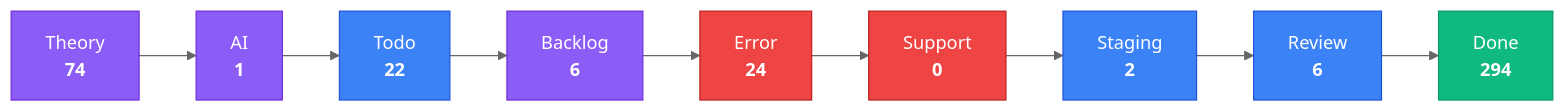
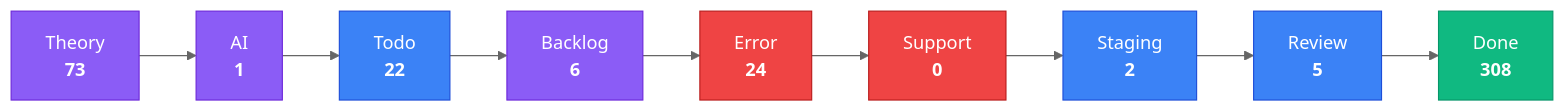
Before and after one commit to KBVE/kbve: the third of 4 diagrams in apps/kbve/astro-kbve/src/content/docs/dashboard/kanban-data.mdx, drawn with Mermaid (neutral theme). The commit also changed other lines of this file and 8 other files, not shown here.

````diff
--- a/apps/kbve/astro-kbve/src/content/docs/dashboard/kanban-data.mdx
+++ b/apps/kbve/astro-kbve/src/content/docs/dashboard/kanban-data.mdx
@@ -80,28 +80,28 @@
 ```mermaid
 flowchart LR
     classDef planning fill:#8b5cf6,stroke:#6d28d9,color:#fff
     classDef active fill:#3b82f6,stroke:#1d4ed8,color:#fff
     classDef blocked fill:#ef4444,stroke:#b91c1c,color:#fff
     classDef done fill:#10b981,stroke:#059669,color:#fff
-    Theory["Theory<br/><strong>74</strong>"]
+    Theory["Theory<br/><strong>73</strong>"]
     Theory --> AI
     AI["AI<br/><strong>1</strong>"]
     AI --> Todo
     Todo["Todo<br/><strong>22</strong>"]
     Todo --> Backlog
     Backlog["Backlog<br/><strong>6</strong>"]
     Backlog --> Error
     Error["Error<br/><strong>24</strong>"]
     Error --> Support
     Support["Support<br/><strong>0</strong>"]
     Support --> Staging
     Staging["Staging<br/><strong>2</strong>"]
     Staging --> Review
-    Review["Review<br/><strong>6</strong>"]
+    Review["Review<br/><strong>5</strong>"]
     Review --> Done
-    Done["Done<br/><strong>294</strong>"]
+    Done["Done<br/><strong>308</strong>"]
     class Theory,AI,Backlog planning
     class Todo,Staging,Review active
     class Error,Support blocked
     class Done done
 ```
````
